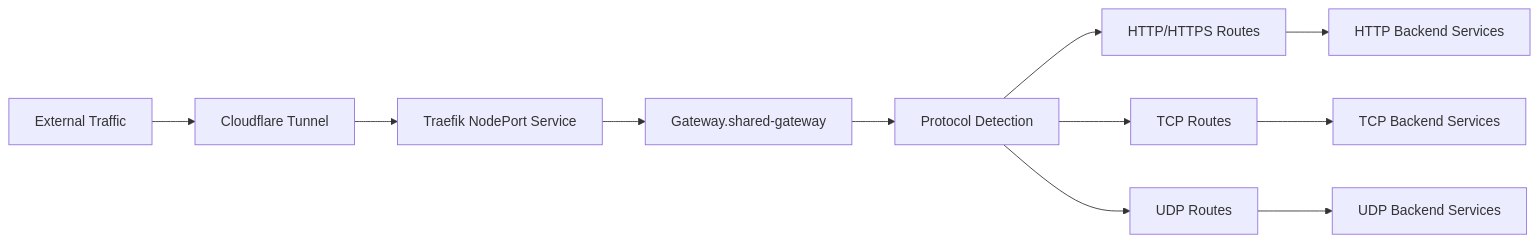
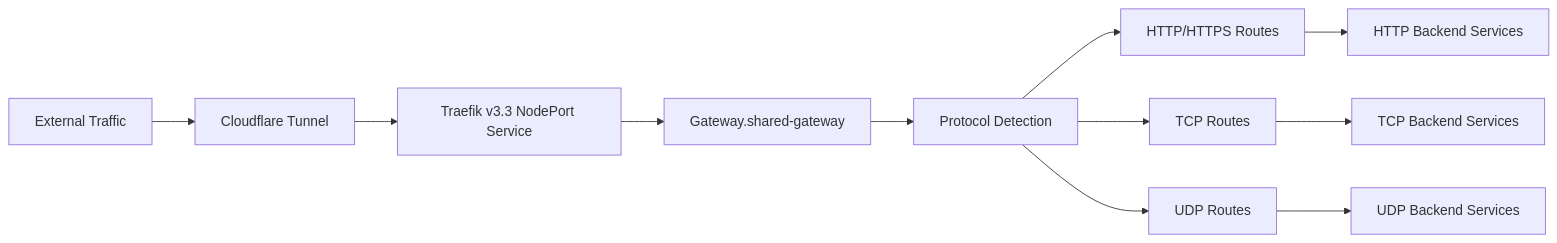
Before and after one commit to Hoangvu75/k8s_manifest: the eighth of 8 diagrams in .qoder/repowiki/en/content/Infrastructure Applications/Gateway API Controller.md, drawn with Mermaid. The commit also changed other lines of this file and 4 other files, not shown here.

````diff
--- a/.qoder/repowiki/en/content/Infrastructure Applications/Gateway API Controller.md
+++ b/.qoder/repowiki/en/content/Infrastructure Applications/Gateway API Controller.md
@@ -359,13 +379,13 @@
 ```mermaid
 flowchart LR
 A["External Traffic"] --> B["Cloudflare Tunnel"]
-B --> C["Traefik NodePort Service"]
+B --> C["Traefik v3.3 NodePort Service"]
 C --> D["Gateway.shared-gateway"]
 D --> E["Protocol Detection"]
 E --> F["HTTP/HTTPS Routes"]
 E --> G["TCP Routes"]
 E --> H["UDP Routes"]
 F --> I["HTTP Backend Services"]
 G --> J["TCP Backend Services"]
 H --> K["UDP Backend Services"]
 ```
````
